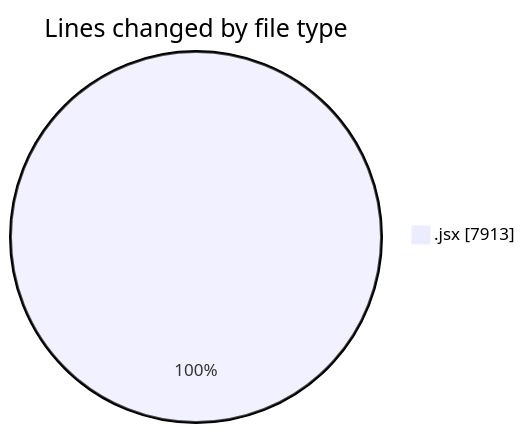
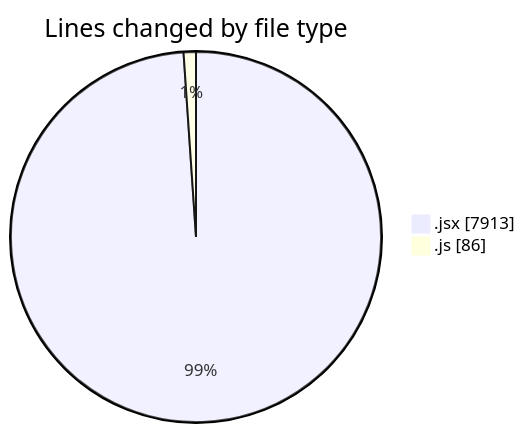
Before and after one commit to nxtqubesakshisongat/code-tracking: the first of 2 diagrams in 2025-05-27/nxtqube_webapp/README.md, drawn with Mermaid. The commit also changed other lines of this file and 1 other file, not shown here.

````diff
--- a/2025-05-27/nxtqube_webapp/README.md
+++ b/2025-05-27/nxtqube_webapp/README.md
@@ -23,5 +24,6 @@
 ```mermaid
 pie showData
 title Lines changed by file type
 ".jsx" : 7913
+".js" : 86
 ```
````
